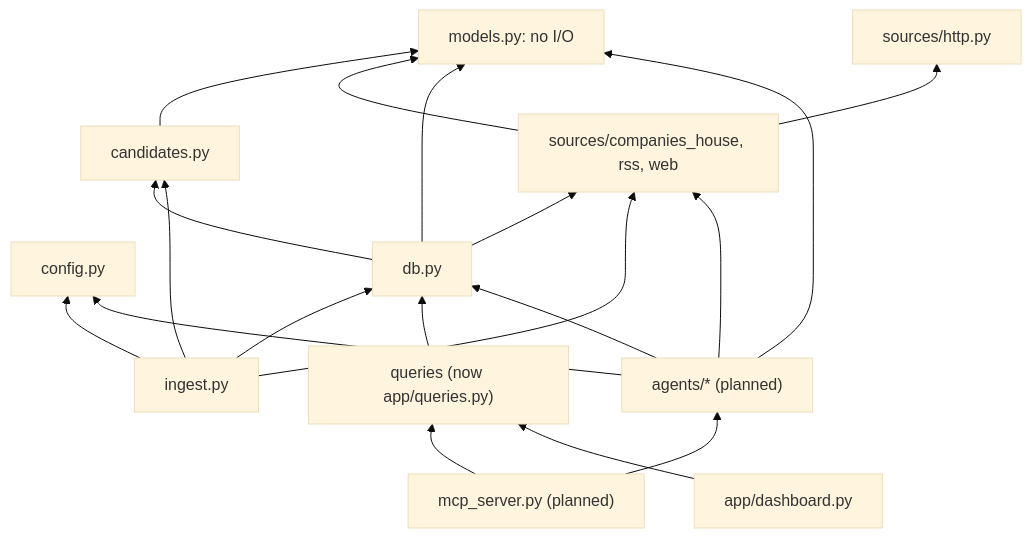
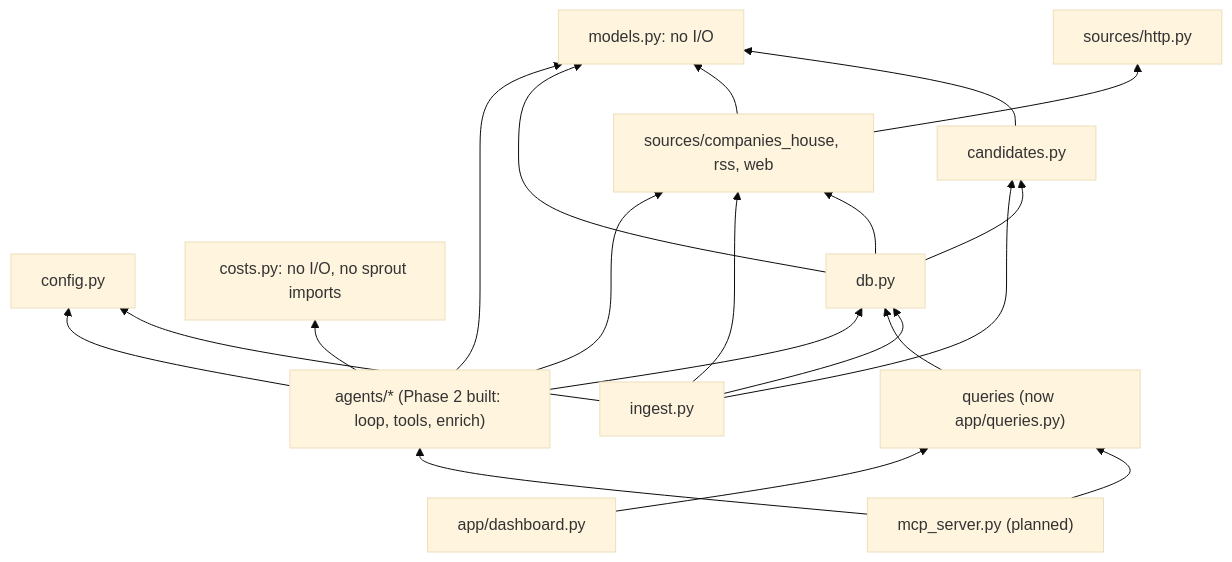
Before and after one commit to Farzaanee/sprout: the tenth of 12 diagrams in docs/architecture.md, drawn with Mermaid (base theme). The commit also changed other lines of this file and 17 other files, not shown here.

````diff
--- a/docs/architecture.md
+++ b/docs/architecture.md
@@ -379,32 +403,34 @@
 ```mermaid
 flowchart BT
     models["models.py: no I/O"]
     config["config.py"]
+    costs["costs.py: no I/O, no sprout imports"]
     candidates["candidates.py"]
     http["sources/http.py"]
     sources["sources/companies_house, rss, web"]
     db["db.py"]
     ingest["ingest.py"]
     queries["queries (now app/queries.py)"]
-    agents["agents/* (planned)"]
+    agents["agents/* (Phase 2 built: loop, tools, enrich)"]
     mcp["mcp_server.py (planned)"]
     dash["app/dashboard.py"]
     candidates --> models
     sources --> http
     sources --> models
     db --> models
     db --> candidates
     db --> sources
     ingest --> db
     ingest --> sources
     ingest --> candidates
     ingest --> config
     queries --> db
     agents --> db
     agents --> sources
     agents --> models
     agents --> config
+    agents --> costs
     mcp --> queries
     mcp --> agents
     dash --> queries
 ```
````
